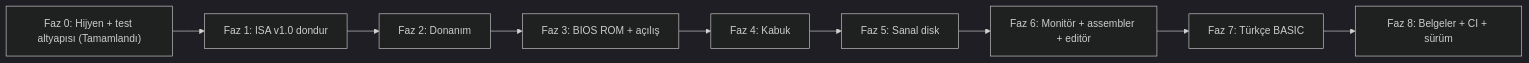
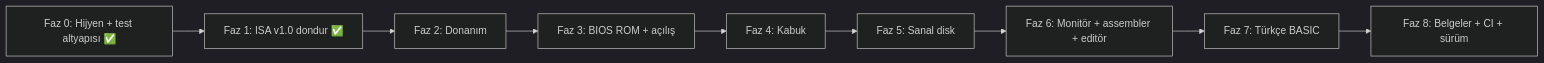
One commit to Yukselcsgn/TURK-8 changed the diagram in implementation_plan.md. Above: the diagram before and after it, drawn with Mermaid (dark theme). The commit also changed other lines of this file and 13 other files, not shown here.

Commit message:
Faz 1: ISA v1.0 tamamlandi ve donduruldu (91 komut, bayrak duzeltmeleri ve testler)

````diff
--- a/implementation_plan.md
+++ b/implementation_plan.md
@@ -8,11 +8,11 @@
 ```mermaid
 flowchart LR
-    F0["Faz 0: Hijyen + test altyapısı (Tamamlandı)"] --> F1["Faz 1: ISA v1.0 dondur"]
+    F0["Faz 0: Hijyen + test altyapısı ✅"] --> F1["Faz 1: ISA v1.0 dondur ✅"]
     F1 --> F2["Faz 2: Donanım"]
     F2 --> F3["Faz 3: BIOS ROM + açılış"]
     F3 --> F4["Faz 4: Kabuk"]
     F4 --> F5["Faz 5: Sanal disk"]
     F5 --> F6["Faz 6: Monitör + assembler + editör"]
     F6 --> F7["Faz 7: Türkçe BASIC"]
     F7 --> F8["Faz 8: Belgeler + CI + sürüm"]
 ```
````
